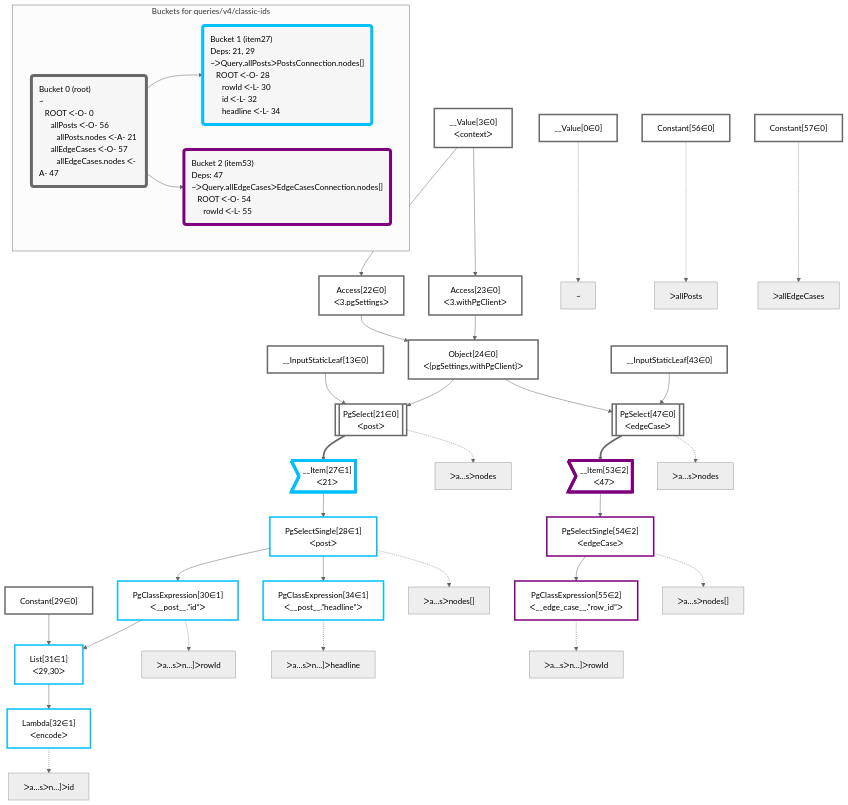
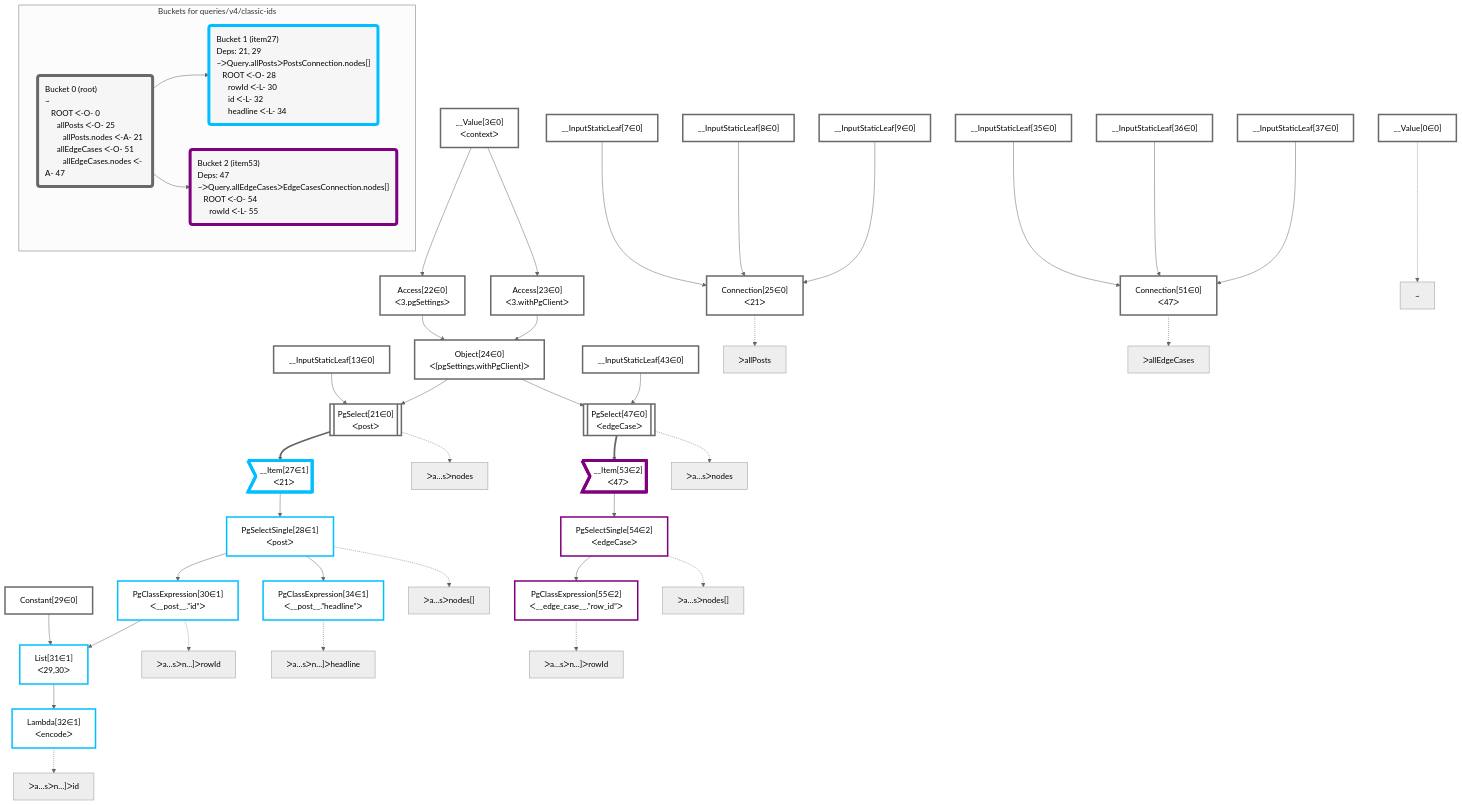
Before and after one commit to graphile/crystal: the diagram in packages/postgraphile/__tests__/queries/v4/classic-ids.mermaid, drawn with Mermaid (neutral theme). The commit also changed 2 other files, not shown here.

```diff
--- a/packages/postgraphile/__tests__/queries/v4/classic-ids.mermaid
+++ b/packages/postgraphile/__tests__/queries/v4/classic-ids.mermaid
@@ -1,83 +1,91 @@
 graph TD
     classDef path fill:#eee,stroke:#000,color:#000
     classDef plan fill:#fff,stroke-width:3px,color:#000
     classDef itemplan fill:#fff,stroke-width:6px,color:#000
     classDef sideeffectplan fill:#f00,stroke-width:6px,color:#000
     classDef bucket fill:#f6f6f6,color:#000,stroke-width:6px,text-align:left
 
 
     %% define plans
     __Value0["__Value[0∈0]"]:::plan
     __Value3["__Value[3∈0]<br />ᐸcontextᐳ"]:::plan
+    __InputStaticLeaf7["__InputStaticLeaf[7∈0]"]:::plan
+    __InputStaticLeaf8["__InputStaticLeaf[8∈0]"]:::plan
+    __InputStaticLeaf9["__InputStaticLeaf[9∈0]"]:::plan
     __InputStaticLeaf13["__InputStaticLeaf[13∈0]"]:::plan
     Access22["Access[22∈0]<br />ᐸ3.pgSettingsᐳ"]:::plan
     Access23["Access[23∈0]<br />ᐸ3.withPgClientᐳ"]:::plan
     Object24["Object[24∈0]<br />ᐸ{pgSettings,withPgClient}ᐳ"]:::plan
     PgSelect21[["PgSelect[21∈0]<br />ᐸpostᐳ"]]:::plan
-    Constant56["Constant[56∈0]"]:::plan
+    Connection25["Connection[25∈0]<br />ᐸ21ᐳ"]:::plan
     __Item27>"__Item[27∈1]<br />ᐸ21ᐳ"]:::itemplan
     PgSelectSingle28["PgSelectSingle[28∈1]<br />ᐸpostᐳ"]:::plan
     Constant29["Constant[29∈0]"]:::plan
     PgClassExpression30["PgClassExpression[30∈1]<br />ᐸ__post__.”id”ᐳ"]:::plan
     List31["List[31∈1]<br />ᐸ29,30ᐳ"]:::plan
     Lambda32["Lambda[32∈1]<br />ᐸencodeᐳ"]:::plan
     PgClassExpression34["PgClassExpression[34∈1]<br />ᐸ__post__.”headline”ᐳ"]:::plan
+    __InputStaticLeaf35["__InputStaticLeaf[35∈0]"]:::plan
+    __InputStaticLeaf36["__InputStaticLeaf[36∈0]"]:::plan
+    __InputStaticLeaf37["__InputStaticLeaf[37∈0]"]:::plan
     __InputStaticLeaf43["__InputStaticLeaf[43∈0]"]:::plan
     PgSelect47[["PgSelect[47∈0]<br />ᐸedgeCaseᐳ"]]:::plan
-    Constant57["Constant[57∈0]"]:::plan
+    Connection51["Connection[51∈0]<br />ᐸ47ᐳ"]:::plan
     __Item53>"__Item[53∈2]<br />ᐸ47ᐳ"]:::itemplan
     PgSelectSingle54["PgSelectSingle[54∈2]<br />ᐸedgeCaseᐳ"]:::plan
     PgClassExpression55["PgClassExpression[55∈2]<br />ᐸ__edge_case__.”row_id”ᐳ"]:::plan
 
     %% plan dependencies
     __Value3 --> Access22
     __Value3 --> Access23
     Access22 & Access23 --> Object24
     Object24 & __InputStaticLeaf13 --> PgSelect21
+    __InputStaticLeaf7 & __InputStaticLeaf8 & __InputStaticLeaf9 --> Connection25
     PgSelect21 ==> __Item27
     __Item27 --> PgSelectSingle28
     PgSelectSingle28 --> PgClassExpression30
     Constant29 & PgClassExpression30 --> List31
     List31 --> Lambda32
     PgSelectSingle28 --> PgClassExpression34
     Object24 & __InputStaticLeaf43 --> PgSelect47
+    __InputStaticLeaf35 & __InputStaticLeaf36 & __InputStaticLeaf37 --> Connection51
     PgSelect47 ==> __Item53
     __Item53 --> PgSelectSingle54
     PgSelectSingle54 --> PgClassExpression55
 
     %% plan-to-path relationships
     P0["~"]
     __Value0 -.-> P0
     P21["ᐳa…sᐳnodes"]
     PgSelect21 -.-> P21
+    P25["ᐳallPosts"]
+    Connection25 -.-> P25
     P28["ᐳa…sᐳnodes[]"]
     PgSelectSingle28 -.-> P28
     P30["ᐳa…sᐳn…]ᐳrowId"]
     PgClassExpression30 -.-> P30
     P32["ᐳa…sᐳn…]ᐳid"]
     Lambda32 -.-> P32
     P34["ᐳa…sᐳn…]ᐳheadline"]
     PgClassExpression34 -.-> P34
     P47["ᐳa…sᐳnodes"]
     PgSelect47 -.-> P47
+    P51["ᐳallEdgeCases"]
+    Connection51 -.-> P51
     P54["ᐳa…sᐳnodes[]"]
     PgSelectSingle54 -.-> P54
     P55["ᐳa…sᐳn…]ᐳrowId"]
     PgClassExpression55 -.-> P55
-    P56["ᐳallPosts"]
-    Constant56 -.-> P56
-    P57["ᐳallEdgeCases"]
-    Constant57 -.-> P57
 
     subgraph "Buckets for queries/v4/classic-ids"
-    Bucket0("Bucket 0 (root)<br />~<br />⠀ROOT ᐸ-O- 0<br />⠀⠀allPosts ᐸ-O- 56<br />⠀⠀⠀allPosts.nodes ᐸ-A- 21<br />⠀⠀allEdgeCases ᐸ-O- 57<br />⠀⠀⠀allEdgeCases.nodes ᐸ-A- 47"):::bucket
+    Bucket0("Bucket 0 (root)<br />~<br />⠀ROOT ᐸ-O- 0<br />⠀⠀allPosts ᐸ-O- 25<br />⠀⠀⠀allPosts.nodes ᐸ-A- 21<br />⠀⠀allEdgeCases ᐸ-O- 51<br />⠀⠀⠀allEdgeCases.nodes ᐸ-A- 47"):::bucket
     classDef bucket0 stroke:#696969
-    class Bucket0,__Value0,__Value3,__InputStaticLeaf13,PgSelect21,Access22,Access23,Object24,Constant29,__InputStaticLeaf43,PgSelect47,Constant56,Constant57 bucket0
+    class Bucket0,__Value0,__Value3,__InputStaticLeaf7,__InputStaticLeaf8,__InputStaticLeaf9,__InputStaticLeaf13,PgSelect21,Access22,Access23,Object24,Connection25,Constant29,__InputStaticLeaf35,__InputStaticLeaf36,__InputStaticLeaf37,__InputStaticLeaf43,PgSelect47,Connection51 bucket0
     Bucket1("Bucket 1 (item27)<br />Deps: 21, 29<br />~ᐳQuery.allPostsᐳPostsConnection.nodes[]<br />⠀ROOT ᐸ-O- 28<br />⠀⠀rowId ᐸ-L- 30<br />⠀⠀id ᐸ-L- 32<br />⠀⠀headline ᐸ-L- 34"):::bucket
     classDef bucket1 stroke:#00bfff
     class Bucket1,__Item27,PgSelectSingle28,PgClassExpression30,List31,Lambda32,PgClassExpression34 bucket1
     Bucket2("Bucket 2 (item53)<br />Deps: 47<br />~ᐳQuery.allEdgeCasesᐳEdgeCasesConnection.nodes[]<br />⠀ROOT ᐸ-O- 54<br />⠀⠀rowId ᐸ-L- 55"):::bucket
     classDef bucket2 stroke:#7f007f
     class Bucket2,__Item53,PgSelectSingle54,PgClassExpression55 bucket2
     Bucket0 --> Bucket1 & Bucket2
     end
```
